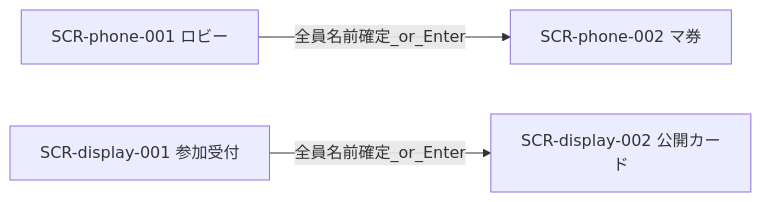
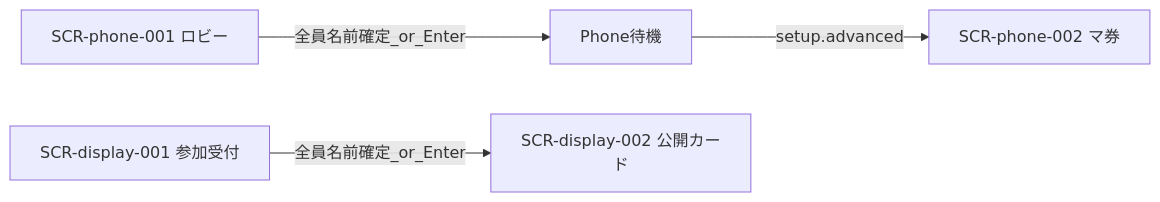
The diagram in docs/design/hotstreak/features/lobby/screens.md (nittohbs-dev/HotStreak), drawn with Mermaid before and after one commit. The commit also changed other lines of this file and 14 other files, not shown here.

````diff
--- a/docs/design/hotstreak/features/lobby/screens.md
+++ b/docs/design/hotstreak/features/lobby/screens.md
@@ -22,5 +22,6 @@
 ```mermaid
 flowchart LR
-  SCR_phone_001[SCR-phone-001 ロビー] -->|全員名前確定_or_Enter| SCR_phone_002[SCR-phone-002 マ券]
+  SCR_phone_001[SCR-phone-001 ロビー] -->|全員名前確定_or_Enter| PhoneWait[Phone待機]
+  PhoneWait -->|setup.advanced| SCR_phone_002[SCR-phone-002 マ券]
   SCR_display_001[SCR-display-001 参加受付] -->|全員名前確定_or_Enter| SCR_display_002[SCR-display-002 公開カード]
 ```
````
